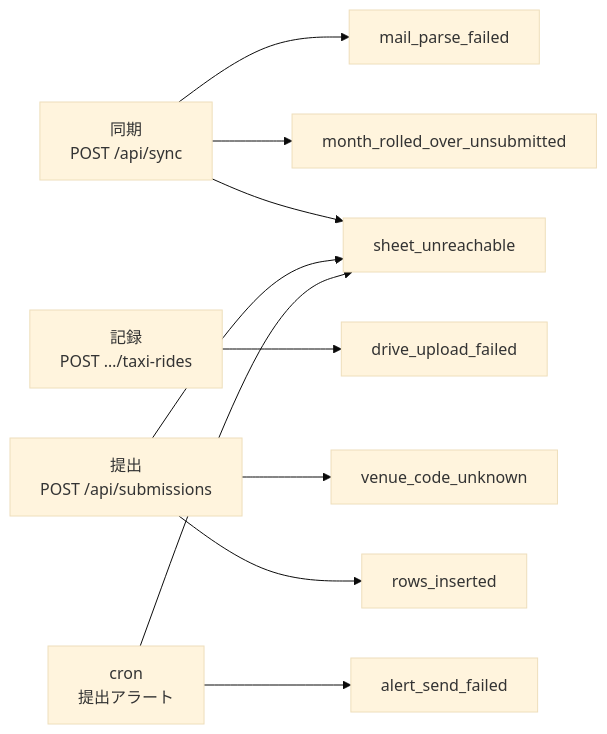
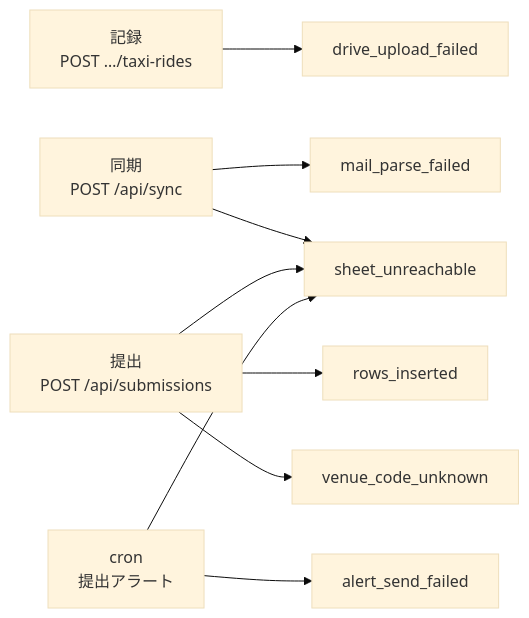
Before and after one commit to tk-media-code/expense-claim: the first of 3 diagrams in docs/design/06-error-handling.md, drawn with Mermaid (base theme). The commit also changed other lines of this file and 18 other files, not shown here.

````diff
--- a/docs/design/06-error-handling.md
+++ b/docs/design/06-error-handling.md
@@ -76,15 +75,14 @@
 ```mermaid
 flowchart LR
     sync["同期<br/>POST /api/sync"] --> a1["mail_parse_failed"]
-    sync --> a2["month_rolled_over_unsubmitted"]
     sync --> a3["sheet_unreachable"]
 
     rec["記録<br/>POST …/taxi-rides"] --> a4["drive_upload_failed"]
 
     sub["提出<br/>POST /api/submissions"] --> a5["venue_code_unknown"]
     sub --> a6["rows_inserted"]
     sub --> a3
 
     cron["cron<br/>提出アラート"] --> a7["alert_send_failed"]
     cron --> a3
 ```
````
